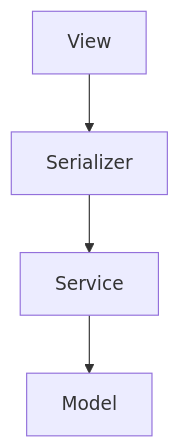
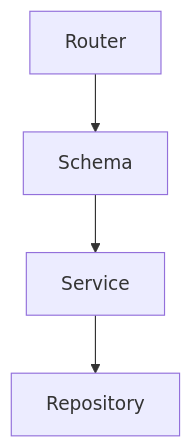
One commit to hanyeong0815/daipetto changed the fifth of 8 diagrams in docs/04_System_Architecture 362d097bd4f780b6b4d2c28d4ae357a1.md. Above: the diagram before and after it, drawn with Mermaid. The commit also changed other lines of this file and 69 other files, not shown here.

````diff
--- a/docs/04_System_Architecture 362d097bd4f780b6b4d2c28d4ae357a1.md
+++ b/docs/04_System_Architecture 362d097bd4f780b6b4d2c28d4ae357a1.md
@@ -421,13 +425,13 @@
 ```mermaid
 flowchart TB
 
-	V["View"]
+	R["Router"]
 
-	S["Serializer"]
+	S["Schema"]
 
 	B["Service"]
 
-	M["Model"]
+	P["Repository"]
 
-	V --> S --> B --> M
+	R --> S --> B --> P
 ```
````
